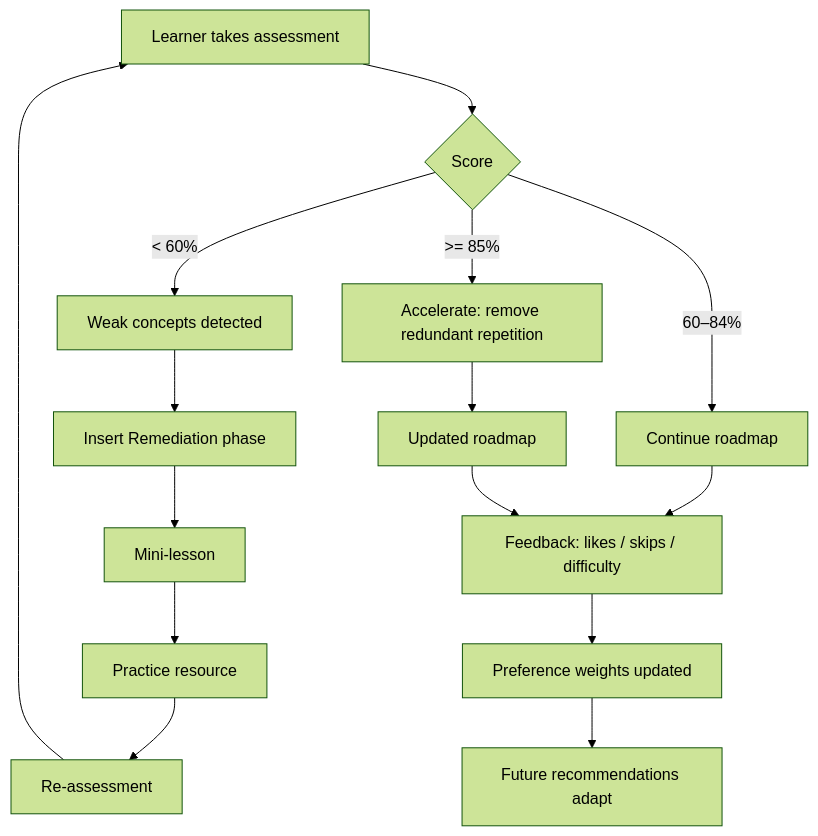
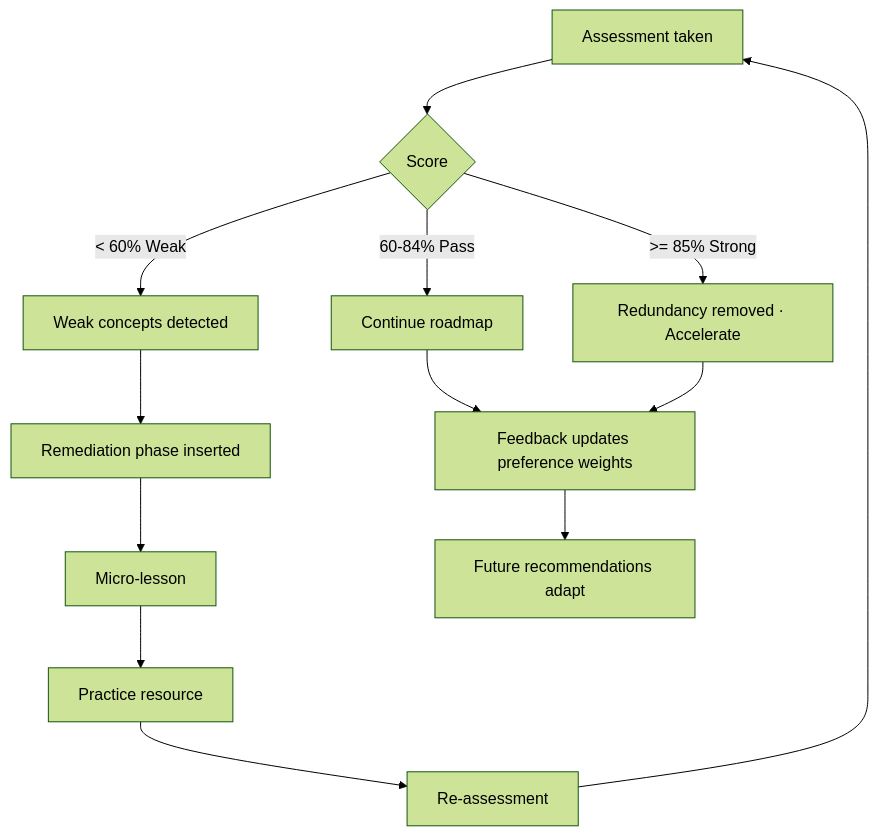
Before and after one commit to rishabhverma007/LearnPath-AI: the third of 4 diagrams in README.md, drawn with Mermaid (forest theme). The commit also changed other lines of this file, not shown here.

First line of the commit message:
docs: rewrite README with mermaid flowcharts and clean structure

````diff
--- a/README.md
+++ b/README.md
@@ -191,15 +351,13 @@
 ```mermaid
 flowchart TD
-    A[Learner takes assessment] --> B{Score}
-    B -- "< 60%" --> C[Weak concepts detected]
-    C --> D[Insert Remediation phase]
-    D --> D1[Mini-lesson] --> D2[Practice resource] --> D3[Re-assessment]
+    A[Assessment taken] --> B{Score}
+    B -- "< 60% Weak" --> C[Weak concepts detected]
+    C --> D[Remediation phase inserted]
+    D --> D1[Micro-lesson] --> D2[Practice resource] --> D3[Re-assessment]
     D3 --> A
-    B -- "60–84%" --> E[Continue roadmap]
-    B -- ">= 85%" --> F[Accelerate: remove redundant repetition]
-    F --> G[Updated roadmap]
-    E --> H[Feedback: likes / skips / difficulty]
-    G --> H
-    H --> I[Preference weights updated]
-    I --> J[Future recommendations adapt]
+    B -- "60-84% Pass" --> E[Continue roadmap]
+    B -- ">= 85% Strong" --> F[Redundancy removed · Accelerate]
+    E --> G[Feedback updates preference weights]
+    F --> G
+    G --> H[Future recommendations adapt]
 ```
````
